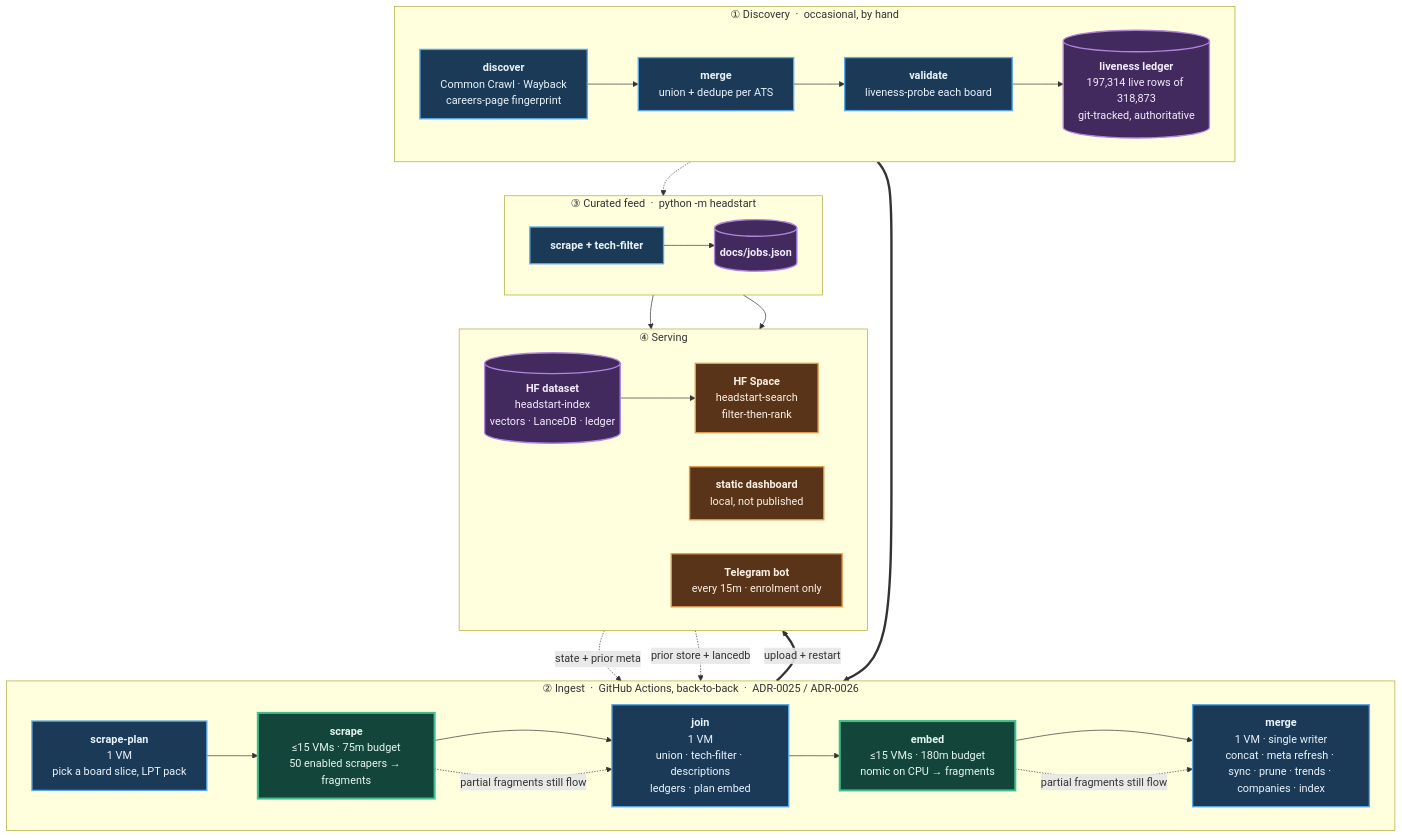
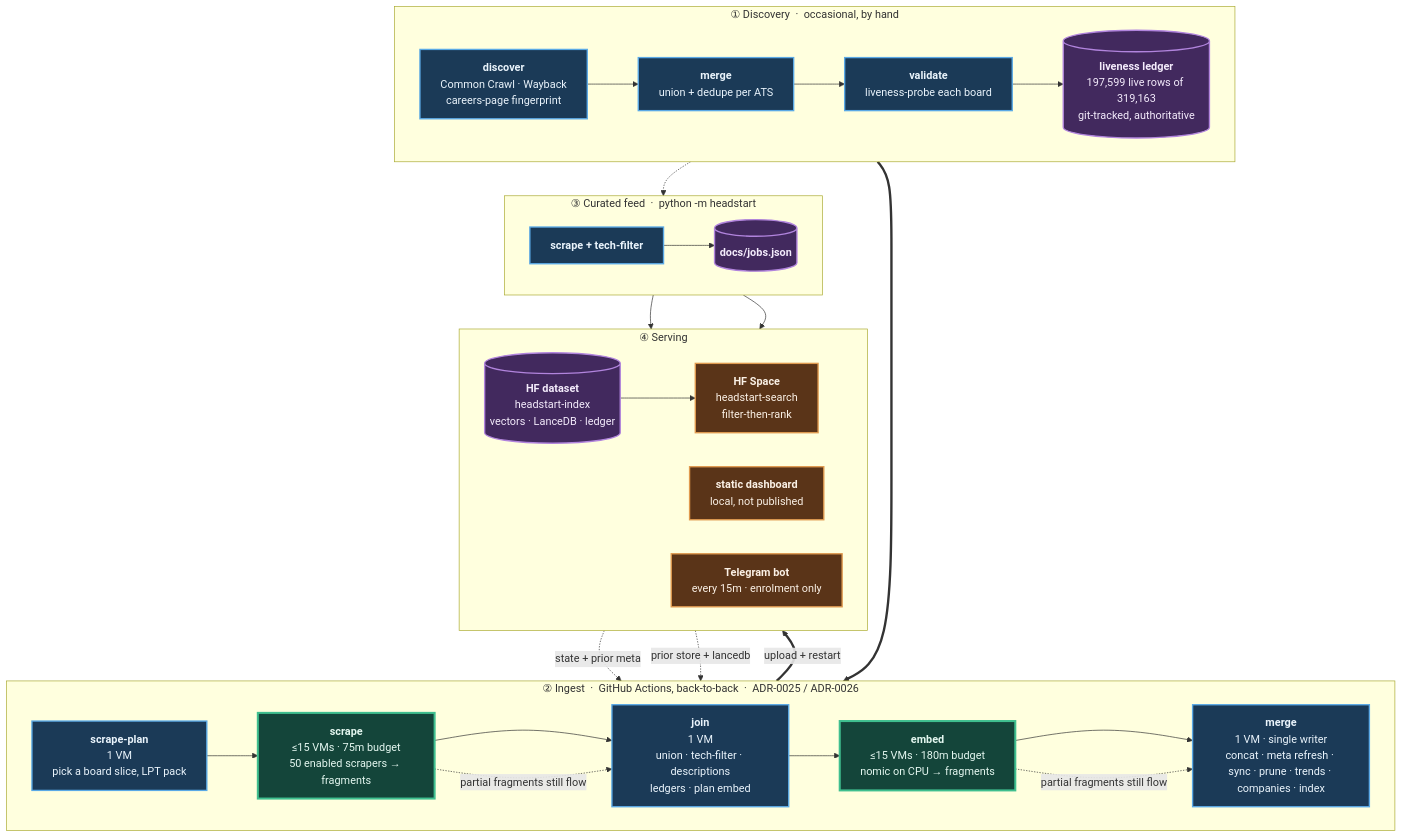
The diagram in README.md (sarthakjain004/headstart), drawn with Mermaid before and after one commit. The commit also changed other lines of this file and 1 other file, not shown here.

````diff
--- a/README.md
+++ b/README.md
@@ -185,56 +185,56 @@
 ```mermaid
 flowchart TB
     subgraph D["① Discovery &nbsp;·&nbsp; occasional, by hand"]
         direction LR
         D1["<b>discover</b><br/>Common Crawl · Wayback<br/>careers-page fingerprint"]
         D2["<b>merge</b><br/>union + dedupe per ATS"]
         D3["<b>validate</b><br/>liveness-probe each board"]
-        D4[("<b>liveness ledger</b><br/>197,314 live rows of 318,873<br/>git-tracked, authoritative")]
+        D4[("<b>liveness ledger</b><br/>197,599 live rows of 319,163<br/>git-tracked, authoritative")]
         D1 --> D2 --> D3 --> D4
     end
 
     subgraph P["② Ingest &nbsp;·&nbsp; GitHub Actions, back-to-back &nbsp;·&nbsp; ADR-0025 / ADR-0026"]
         direction LR
         P1["<b>scrape-plan</b><br/>1 VM<br/>pick a board slice, LPT pack"]
         P2["<b>scrape</b><br/>≤15 VMs · 75m budget<br/>50 enabled scrapers → fragments"]
         P3["<b>join</b><br/>1 VM<br/>union · tech-filter · descriptions<br/>ledgers · plan embed"]
         P4["<b>embed</b><br/>≤15 VMs · 180m budget<br/>nomic on CPU → fragments"]
         P5["<b>merge</b><br/>1 VM · single writer<br/>concat · meta refresh · sync · prune · trends · companies · index"]
         P1 --> P2 --> P3 --> P4 --> P5
     end
 
     subgraph F["③ Curated feed &nbsp;·&nbsp; python -m headstart"]
         direction LR
         F1["<b>scrape + tech-filter</b>"]
         F2[("<b>docs/jobs.json</b>")]
         F1 --> F2
     end
 
     subgraph S["④ Serving"]
         direction LR
         S1[("<b>HF dataset</b><br/>headstart-index<br/>vectors · LanceDB · ledger")]
         S2["<b>HF Space</b><br/>headstart-search<br/>filter-then-rank"]
         S3["<b>static dashboard</b><br/>local, not published"]
         S4["<b>Telegram bot</b><br/>every 15m · enrolment only"]
         S1 --> S2
     end
 
     D4 ==> P1
     S1 -. "state + prior meta" .-> P1
     S1 -. "prior store + lancedb" .-> P5
     D4 -.-> F1
     P5 ==>|"upload + restart"| S1
     F2 --> S3
     F2 --> S4
     P2 -. "partial fragments still flow" .-> P3
     P4 -. "partial fragments still flow" .-> P5
 
     classDef serial fill:#1b3a57,stroke:#5aa9e6,stroke-width:2px,color:#eaf4fc
     classDef fan fill:#14453a,stroke:#3fbf8f,stroke-width:3px,color:#e4f7f0
     classDef store fill:#42295e,stroke:#b184dd,stroke-width:2px,color:#f4ecfc
     classDef serve fill:#5a3418,stroke:#e09a4f,stroke-width:2px,color:#fbf1e6
     class D1,D2,D3,P1,P3,P5,F1 serial
     class P2,P4 fan
     class D4,F2,S1 store
     class S2,S3,S4 serve
 ```
````
